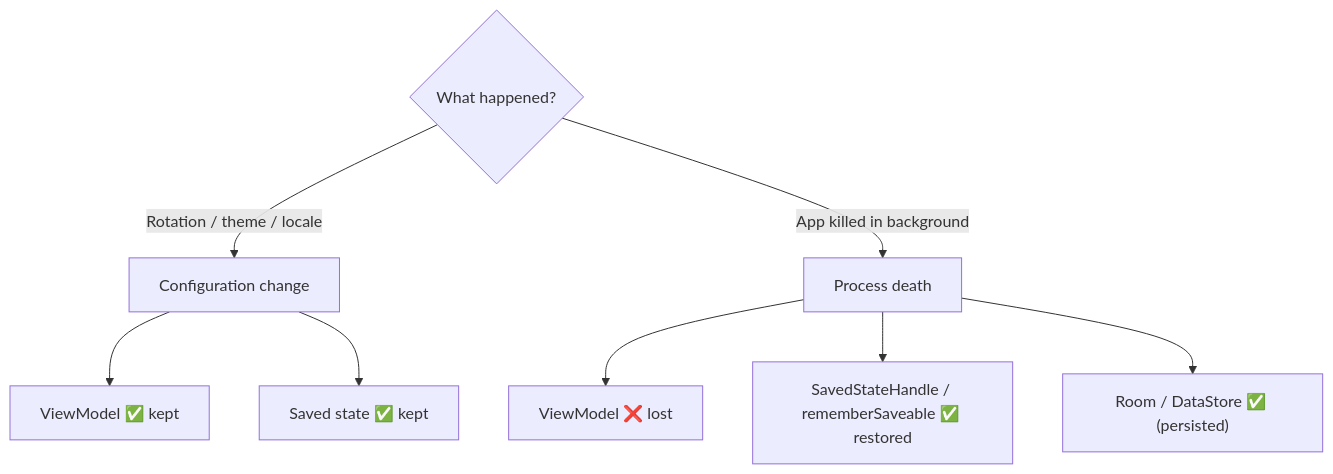
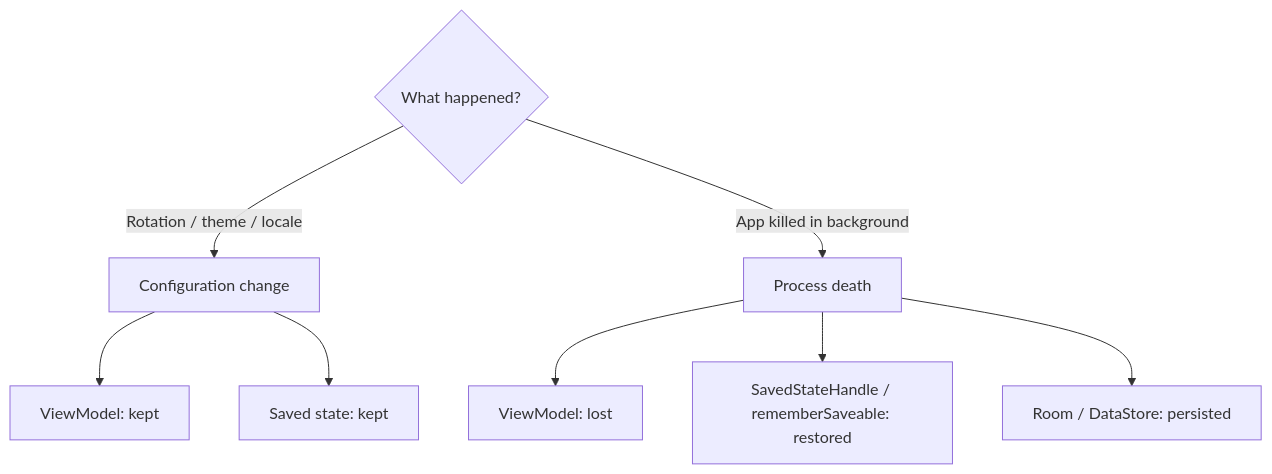
One commit to AkshayAshokCode/Android-Interview-Questions-cheat-sheet changed the third of 10 diagrams in topics/09-activity-fragment.md. Above: the diagram before and after it, drawn with Mermaid. The commit also changed other lines of this file and 21 other files, not shown here.

````diff
--- a/topics/09-activity-fragment.md
+++ b/topics/09-activity-fragment.md
@@ -135,10 +386,10 @@
 ```mermaid
 flowchart TD
     E{"What happened?"} -->|"Rotation / theme / locale"| CC["Configuration change"]
     E -->|"App killed in background"| PD["Process death"]
-    CC --> V1["ViewModel ✅ kept"]
-    CC --> B1["Saved state ✅ kept"]
-    PD --> V2["ViewModel ❌ lost"]
-    PD --> B2["SavedStateHandle / rememberSaveable ✅ restored"]
-    PD --> DB["Room / DataStore ✅ (persisted)"]
+    CC --> V1["ViewModel: kept"]
+    CC --> B1["Saved state: kept"]
+    PD --> V2["ViewModel: lost"]
+    PD --> B2["SavedStateHandle / rememberSaveable: restored"]
+    PD --> DB["Room / DataStore: persisted"]
 ```
````
